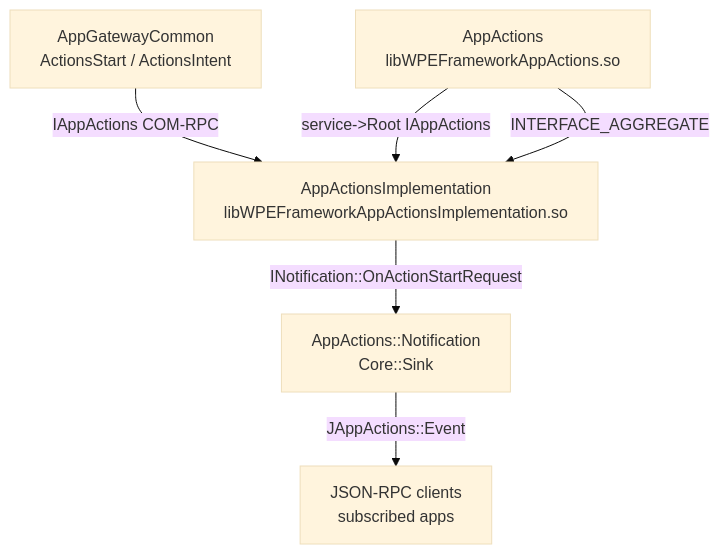
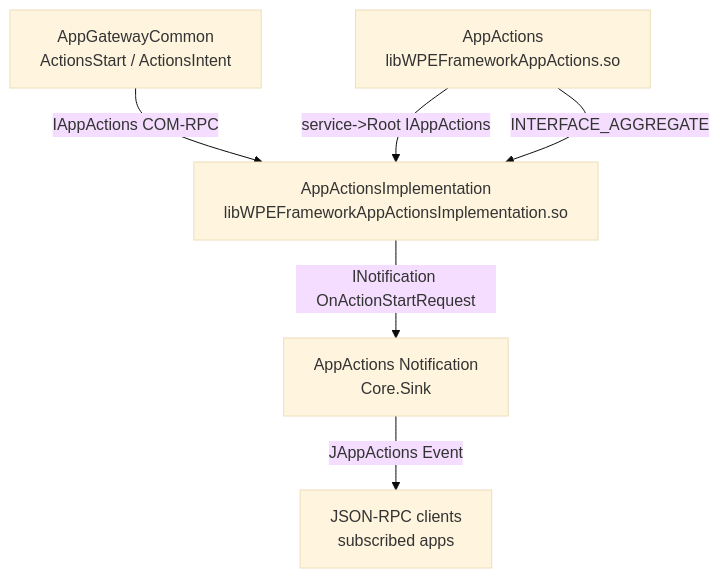
Before and after one commit to rdkcentral/entservices-appgateway: the first of 4 diagrams in AppActions/AppActions.md, drawn with Mermaid (base theme). The commit also changed other lines of this file and 3 other files, not shown here.

````diff
--- a/AppActions/AppActions.md
+++ b/AppActions/AppActions.md
@@ -67,8 +67,8 @@
 ```mermaid
 graph TD
     AGC[AppGatewayCommon\nActionsStart / ActionsIntent] -->|IAppActions COM-RPC| IMPL[AppActionsImplementation\nlibWPEFrameworkAppActionsImplementation.so]
-    IMPL -->|INotification::OnActionStartRequest| NOTIF[AppActions::Notification\nCore::Sink]
-    NOTIF -->|JAppActions::Event| RPC[JSON-RPC clients\nsubscribed apps]
+    IMPL -->|INotification OnActionStartRequest| NOTIF[AppActions Notification\nCore.Sink]
+    NOTIF -->|JAppActions Event| RPC[JSON-RPC clients\nsubscribed apps]
     SHELL[AppActions\nlibWPEFrameworkAppActions.so] -->|service->Root IAppActions| IMPL
     SHELL -->|INTERFACE_AGGREGATE| IMPL
 ```
````
